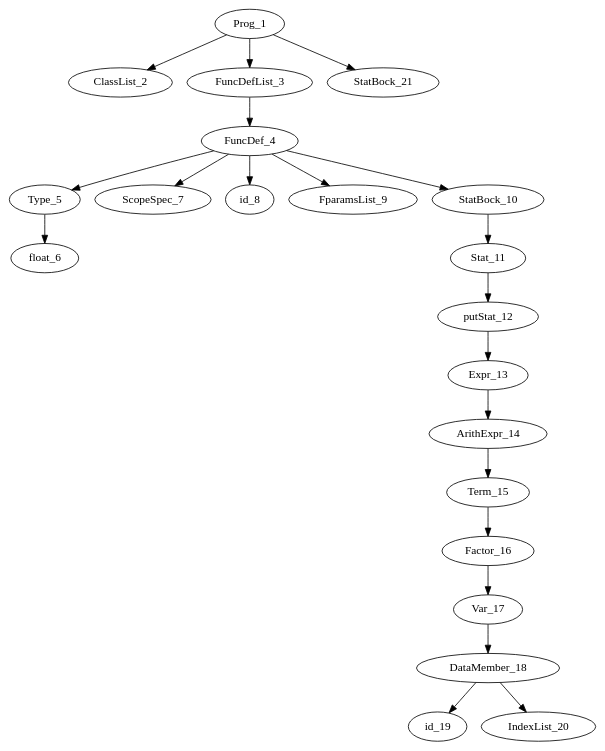
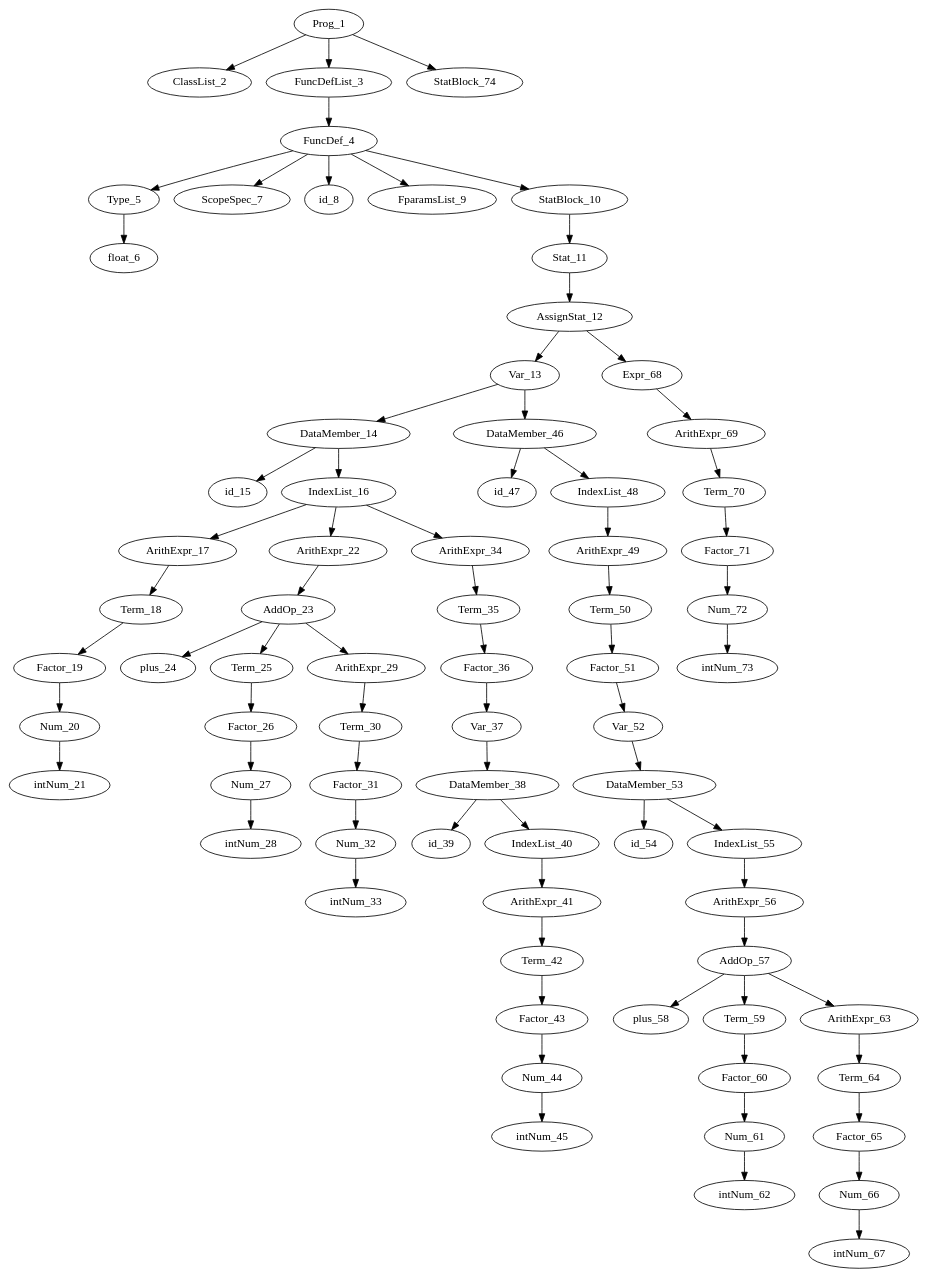
Before and after one commit to McGiver-/Compiler: the diagram in refactor/graph.dot, drawn with Graphviz. The commit also changed 8 other files, not shown here.

```diff
--- a/refactor/graph.dot
+++ b/refactor/graph.dot
@@ -1,44 +1,150 @@
 digraph ast {
 	Prog_1->ClassList_2;
 	Prog_1->FuncDefList_3;
 	FuncDefList_3->FuncDef_4;
 	FuncDef_4->Type_5;
 	Type_5->float_6;
 	FuncDef_4->ScopeSpec_7;
 	FuncDef_4->id_8;
 	FuncDef_4->FparamsList_9;
-	FuncDef_4->StatBock_10;
-	StatBock_10->Stat_11;
-	Stat_11->putStat_12;
-	putStat_12->Expr_13;
-	Expr_13->ArithExpr_14;
-	ArithExpr_14->Term_15;
-	Term_15->Factor_16;
-	Factor_16->Var_17;
-	Var_17->DataMember_18;
-	DataMember_18->id_19;
-	DataMember_18->IndexList_20;
-	Prog_1->StatBock_21;
-	ArithExpr_14;
+	FuncDef_4->StatBlock_10;
+	StatBlock_10->Stat_11;
+	Stat_11->AssignStat_12;
+	AssignStat_12->Var_13;
+	Var_13->DataMember_14;
+	DataMember_14->id_15;
+	DataMember_14->IndexList_16;
+	IndexList_16->ArithExpr_17;
+	ArithExpr_17->Term_18;
+	Term_18->Factor_19;
+	Factor_19->Num_20;
+	Num_20->intNum_21;
+	IndexList_16->ArithExpr_22;
+	ArithExpr_22->AddOp_23;
+	AddOp_23->plus_24;
+	AddOp_23->Term_25;
+	Term_25->Factor_26;
+	Factor_26->Num_27;
+	Num_27->intNum_28;
+	AddOp_23->ArithExpr_29;
+	ArithExpr_29->Term_30;
+	Term_30->Factor_31;
+	Factor_31->Num_32;
+	Num_32->intNum_33;
+	IndexList_16->ArithExpr_34;
+	ArithExpr_34->Term_35;
+	Term_35->Factor_36;
+	Factor_36->Var_37;
+	Var_37->DataMember_38;
+	DataMember_38->id_39;
+	DataMember_38->IndexList_40;
+	IndexList_40->ArithExpr_41;
+	ArithExpr_41->Term_42;
+	Term_42->Factor_43;
+	Factor_43->Num_44;
+	Num_44->intNum_45;
+	Var_13->DataMember_46;
+	DataMember_46->id_47;
+	DataMember_46->IndexList_48;
+	IndexList_48->ArithExpr_49;
+	ArithExpr_49->Term_50;
+	Term_50->Factor_51;
+	Factor_51->Var_52;
+	Var_52->DataMember_53;
+	DataMember_53->id_54;
+	DataMember_53->IndexList_55;
+	IndexList_55->ArithExpr_56;
+	ArithExpr_56->AddOp_57;
+	AddOp_57->plus_58;
+	AddOp_57->Term_59;
+	Term_59->Factor_60;
+	Factor_60->Num_61;
+	Num_61->intNum_62;
+	AddOp_57->ArithExpr_63;
+	ArithExpr_63->Term_64;
+	Term_64->Factor_65;
+	Factor_65->Num_66;
+	Num_66->intNum_67;
+	AssignStat_12->Expr_68;
+	Expr_68->ArithExpr_69;
+	ArithExpr_69->Term_70;
+	Term_70->Factor_71;
+	Factor_71->Num_72;
+	Num_72->intNum_73;
+	Prog_1->StatBlock_74;
+	AddOp_23;
+	AddOp_57;
+	ArithExpr_17;
+	ArithExpr_22;
+	ArithExpr_29;
+	ArithExpr_34;
+	ArithExpr_41;
+	ArithExpr_49;
+	ArithExpr_56;
+	ArithExpr_63;
+	ArithExpr_69;
+	AssignStat_12;
 	ClassList_2;
-	DataMember_18;
-	Expr_13;
-	Factor_16;
+	DataMember_14;
+	DataMember_38;
+	DataMember_46;
+	DataMember_53;
+	Expr_68;
+	Factor_19;
+	Factor_26;
+	Factor_31;
+	Factor_36;
+	Factor_43;
+	Factor_51;
+	Factor_60;
+	Factor_65;
+	Factor_71;
 	FparamsList_9;
 	FuncDefList_3;
 	FuncDef_4;
-	IndexList_20;
+	IndexList_16;
+	IndexList_40;
+	IndexList_48;
+	IndexList_55;
+	Num_20;
+	Num_27;
+	Num_32;
+	Num_44;
+	Num_61;
+	Num_66;
+	Num_72;
 	Prog_1;
 	ScopeSpec_7;
-	StatBock_10;
-	StatBock_21;
+	StatBlock_10;
+	StatBlock_74;
 	Stat_11;
-	Term_15;
+	Term_18;
+	Term_25;
+	Term_30;
+	Term_35;
+	Term_42;
+	Term_50;
+	Term_59;
+	Term_64;
+	Term_70;
 	Type_5;
-	Var_17;
+	Var_13;
+	Var_37;
+	Var_52;
 	float_6;
-	id_19;
+	id_15;
+	id_39;
+	id_47;
+	id_54;
 	id_8;
-	putStat_12;
+	intNum_21;
+	intNum_28;
+	intNum_33;
+	intNum_45;
+	intNum_62;
+	intNum_67;
+	intNum_73;
+	plus_24;
+	plus_58;
 
 }
```
